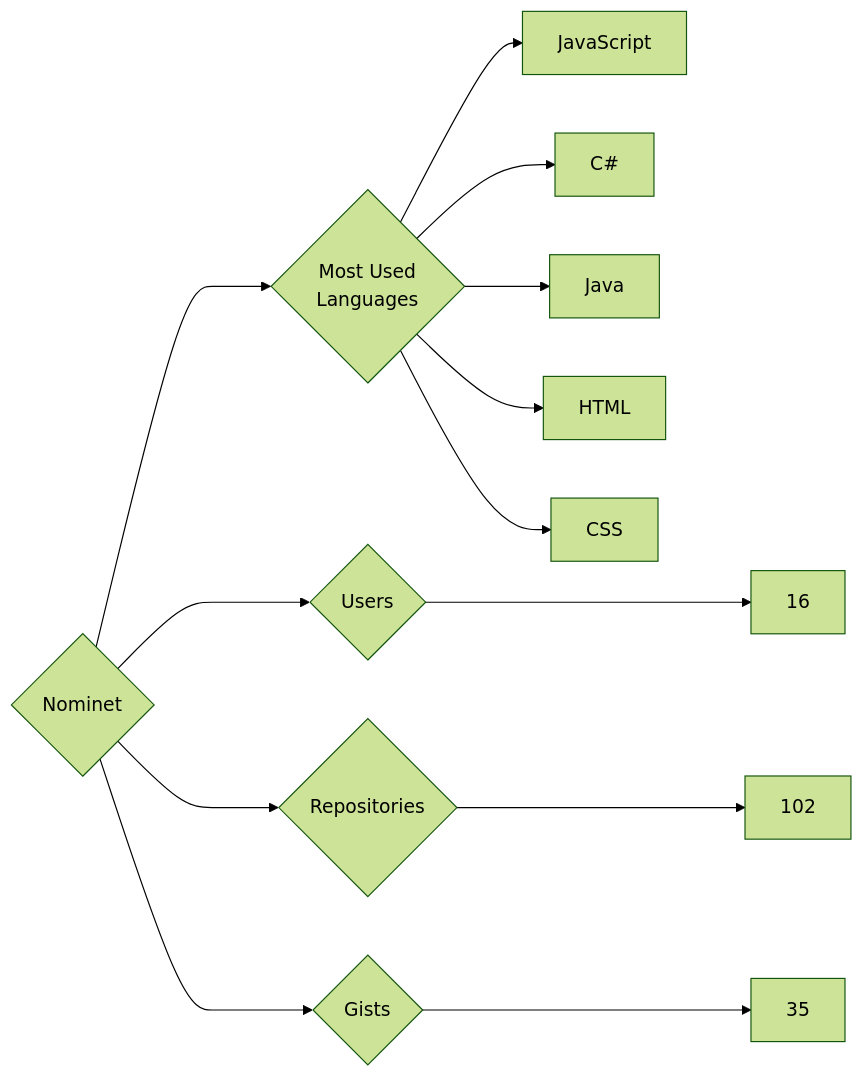
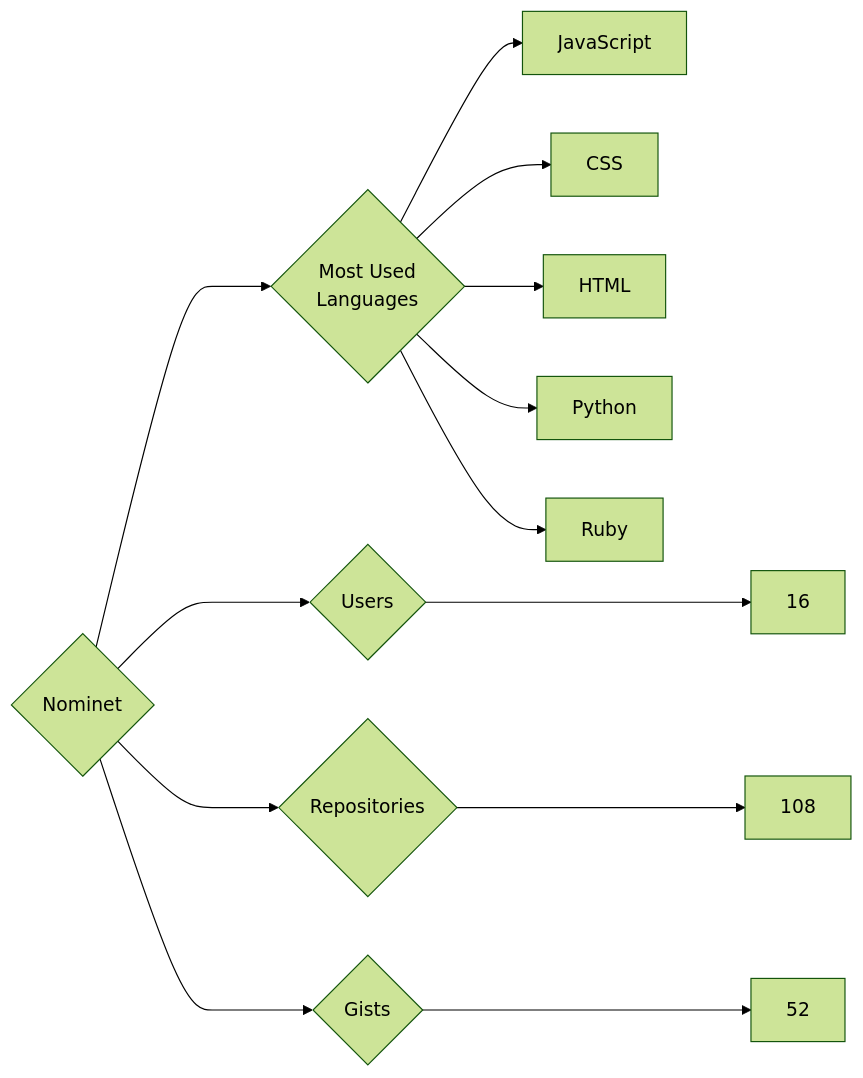
The diagram in targets/Nominet/README.md (trickest/insiders), drawn with Mermaid (forest theme) before and after one commit. The commit also changed 871 other files, not shown here.

````diff
--- a/targets/Nominet/README.md
+++ b/targets/Nominet/README.md
@@ -3,13 +3,13 @@
 ```mermaid
 graph LR
 COMPANY_NAME{Nominet}
 COMPANY_NAME ---> U{Users} ---> UN[16]
-COMPANY_NAME ---> R{Repositories} ---> RN[102]
-COMPANY_NAME ---> G{Gists} ---> GN[35]
+COMPANY_NAME ---> R{Repositories} ---> RN[108]
+COMPANY_NAME ---> G{Gists} ---> GN[52]
 COMPANY_NAME ---> ML{Most Used<br>Languages}
 ML --> JavaScript[JavaScript]
-ML --> C#[C#]
-ML --> Java[Java]
+ML --> CSS[CSS]
 ML --> HTML[HTML]
-ML --> CSS[CSS]
+ML --> Python[Python]
+ML --> Ruby[Ruby]
 ```
````
